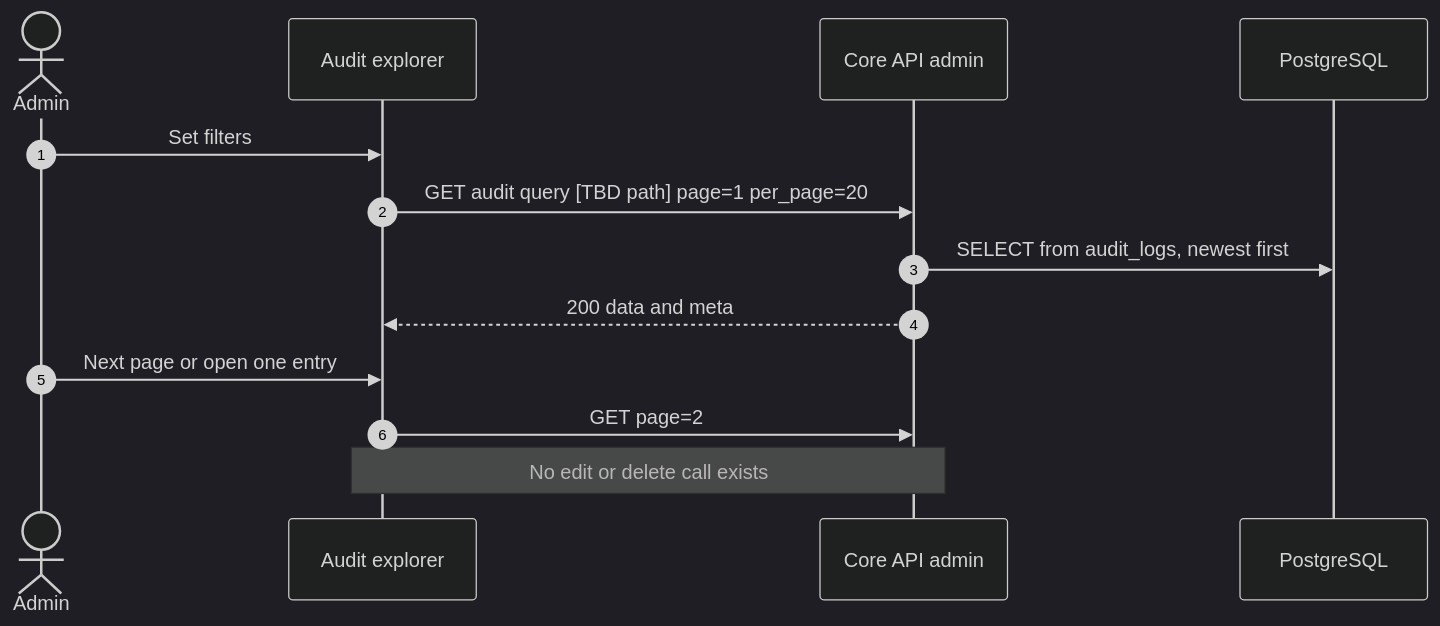
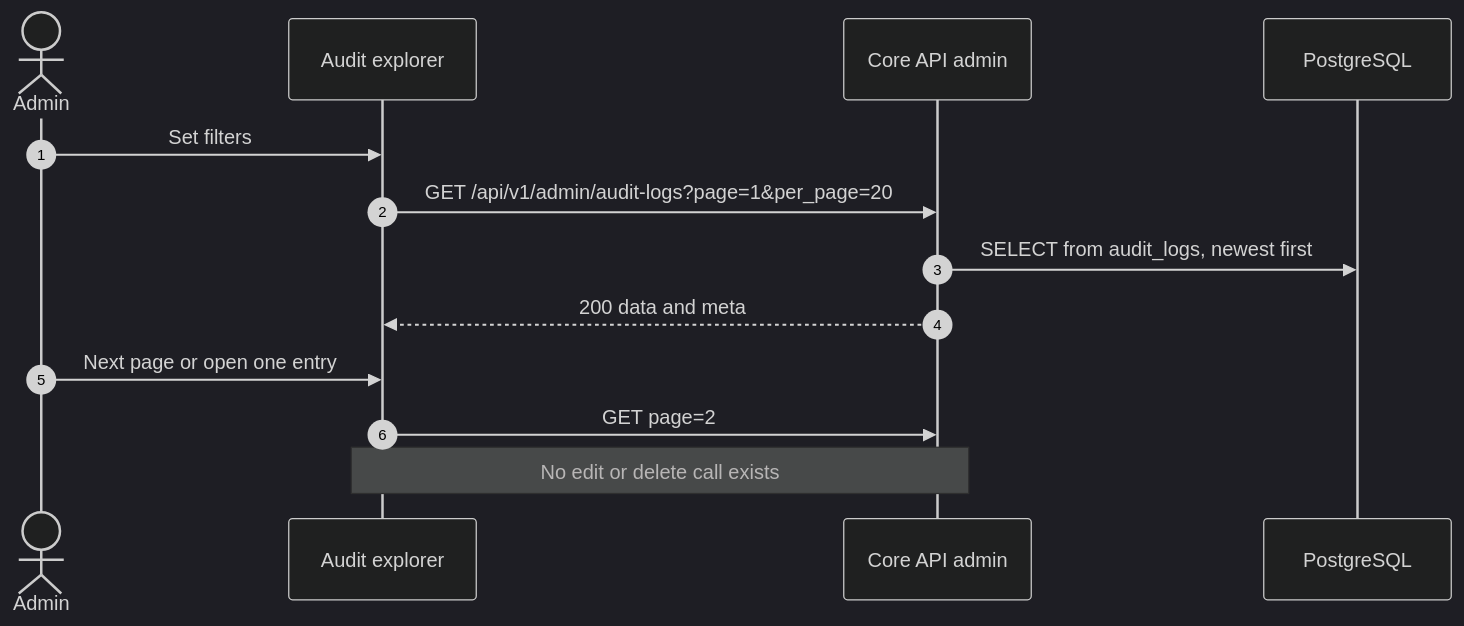
Before and after one commit to phantomTroupeEAD/SwiftDrop: diagram 28 of 55 in docs/drafts/member-07-dispatcher-admin-web-gateway/doc-02-functional-flows-and-business-rules.md, drawn with Mermaid (dark theme). The commit also changed other lines of this file and 125 other files, not shown here.

````diff
--- a/docs/drafts/member-07-dispatcher-admin-web-gateway/doc-02-functional-flows-and-business-rules.md
+++ b/docs/drafts/member-07-dispatcher-admin-web-gateway/doc-02-functional-flows-and-business-rules.md
@@ -905,15 +909,15 @@
 ```mermaid
 sequenceDiagram
     autonumber
     actor A as Admin
     participant UI as Audit explorer
     participant ADM as Core API admin
     participant DB as PostgreSQL
     A->>UI: Set filters
-    UI->>ADM: GET audit query [TBD path] page=1 per_page=20
+    UI->>ADM: GET /api/v1/admin/audit-logs?page=1&per_page=20
     ADM->>DB: SELECT from audit_logs, newest first
     ADM-->>UI: 200 data and meta
     A->>UI: Next page or open one entry
     UI->>ADM: GET page=2
     Note over UI,ADM: No edit or delete call exists
 ```
````
